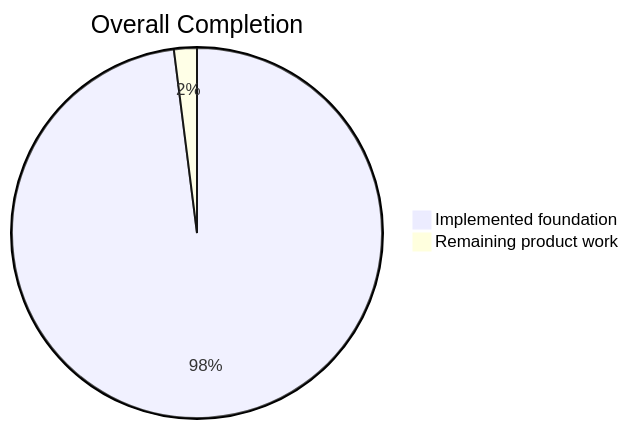
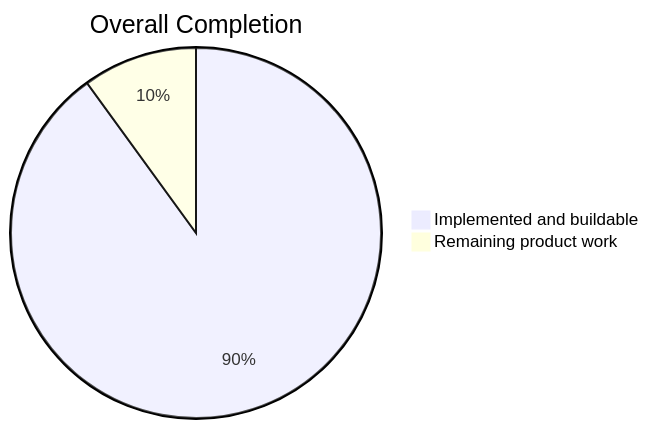
Before and after one commit to lingmulongtai/GlyphRay: the first of 5 diagrams in README.md, drawn with Mermaid. The commit also changed other lines of this file and 68 other files, not shown here.

````diff
--- a/README.md
+++ b/README.md
@@ -15,5 +16,5 @@
 ```mermaid
 pie title Overall Completion
-  "Implemented foundation" : 98
-  "Remaining product work" : 2
+  "Implemented and buildable" : 90
+  "Remaining product work" : 10
 ```
````
